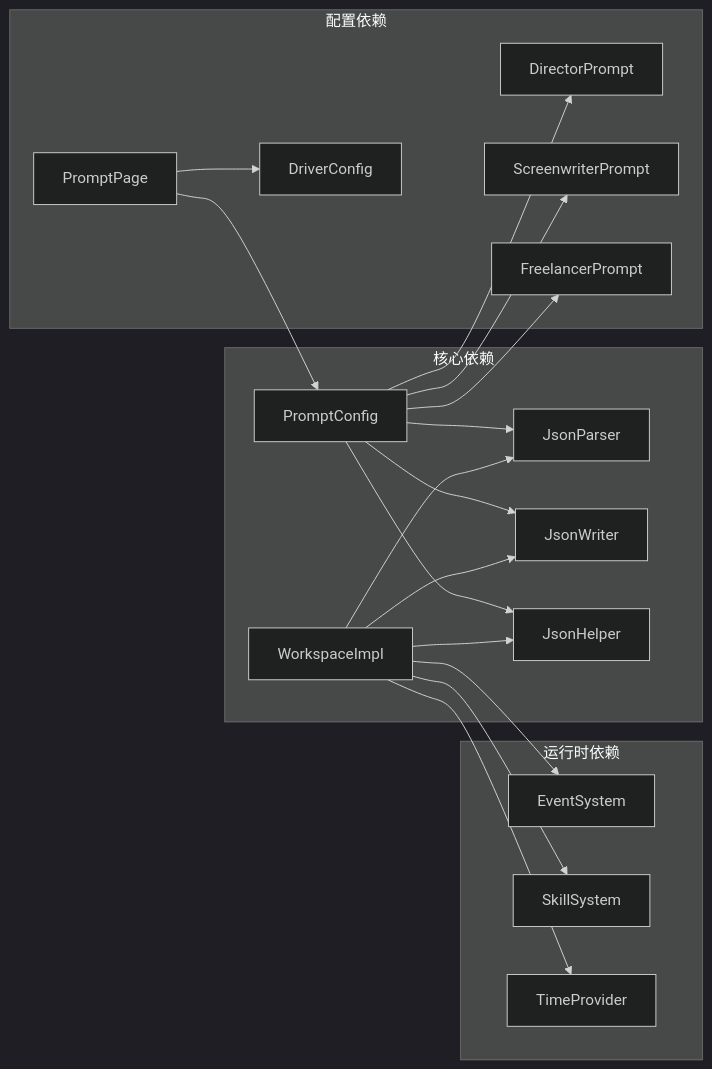
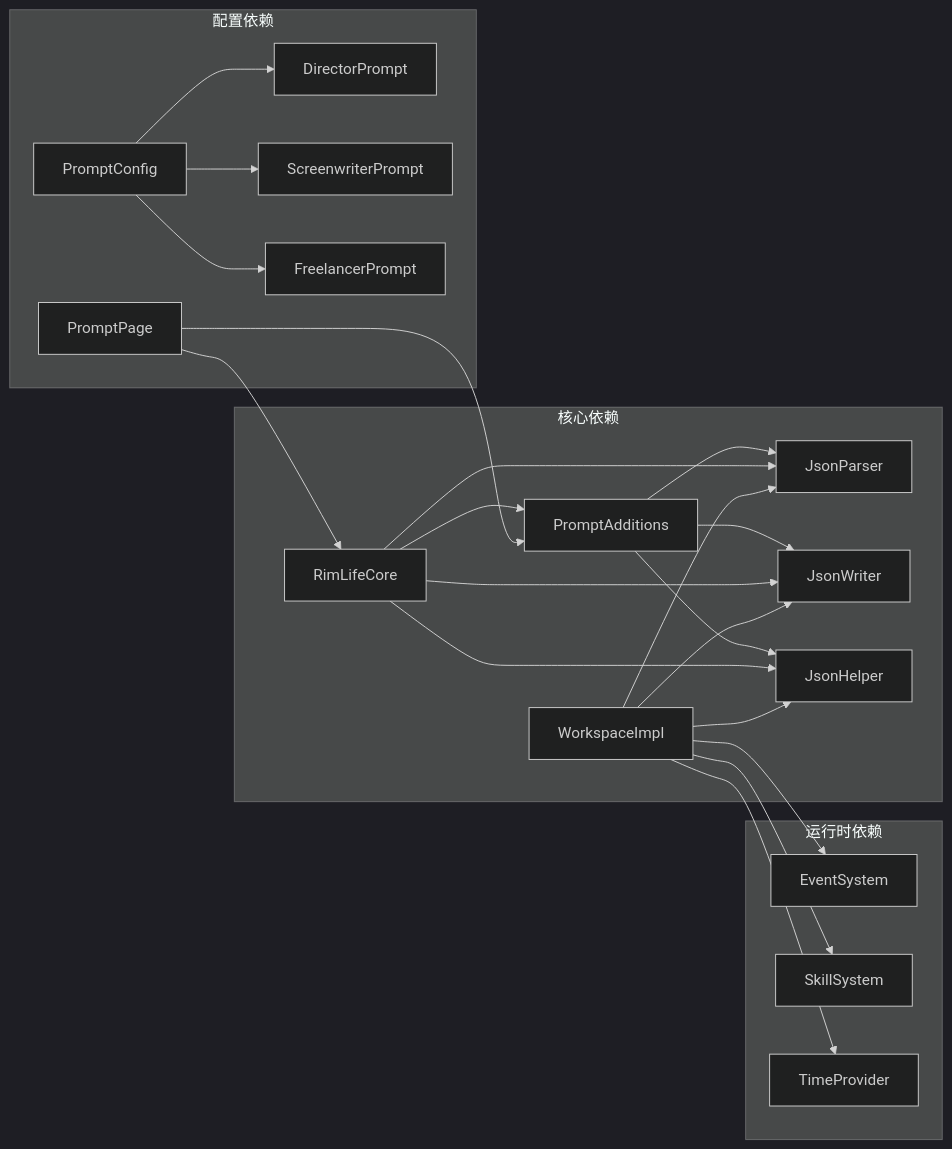
One commit to suzvka/RimLife changed the tenth of 10 diagrams in .qoder/repowiki/zh/content/LLM 集成系统/提示词管理系统.md. Above: the diagram before and after it, drawn with Mermaid (dark theme). The commit also changed other lines of this file and 32 other files, not shown here.

````diff
--- a/.qoder/repowiki/zh/content/LLM 集成系统/提示词管理系统.md
+++ b/.qoder/repowiki/zh/content/LLM 集成系统/提示词管理系统.md
@@ -348,23 +426,27 @@
 ```mermaid
 graph LR
 subgraph "核心依赖"
-PC[PromptConfig] --> JP[JsonParser]
-PC --> JW[JsonWriter]
-PC --> JH[JsonHelper]
+PA[PromptAdditions] --> JP[JsonParser]
+PA --> JW[JsonWriter]
+PA --> JH[JsonHelper]
+RLC[RimLifeCore] --> PA
+RLC --> JP
+RLC --> JW
+RLC --> JH
 WS[WorkspaceImpl] --> JP
 WS --> JW
 WS --> JH
 end
 subgraph "配置依赖"
-PP[PromptPage] --> PC
-PP --> DC[DriverConfig]
-PC --> DP[DirectorPrompt]
+PP[PromptPage] --> PA
+PP --> RLC
+PC[PromptConfig] --> DP[DirectorPrompt]
 PC --> SP[ScreenwriterPrompt]
 PC --> FP[FreelancerPrompt]
 end
 subgraph "运行时依赖"
 WS --> ES[EventSystem]
 WS --> SS[SkillSystem]
 WS --> TS[TimeProvider]
 end
 ```
````
